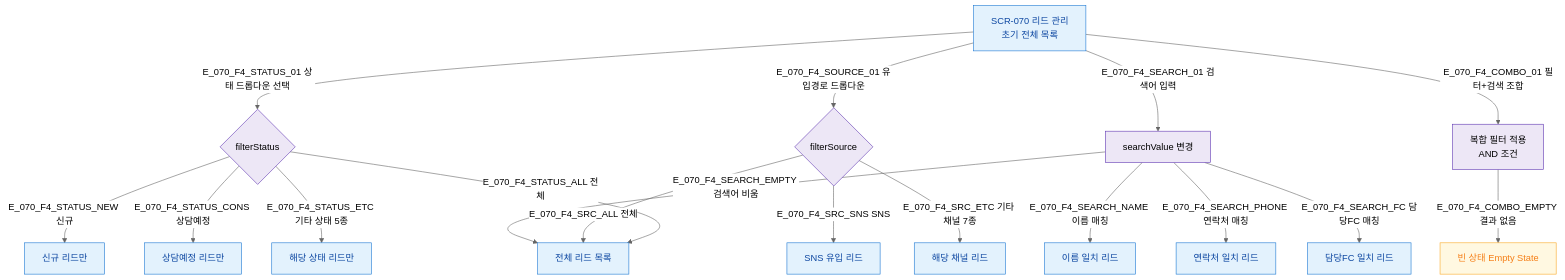
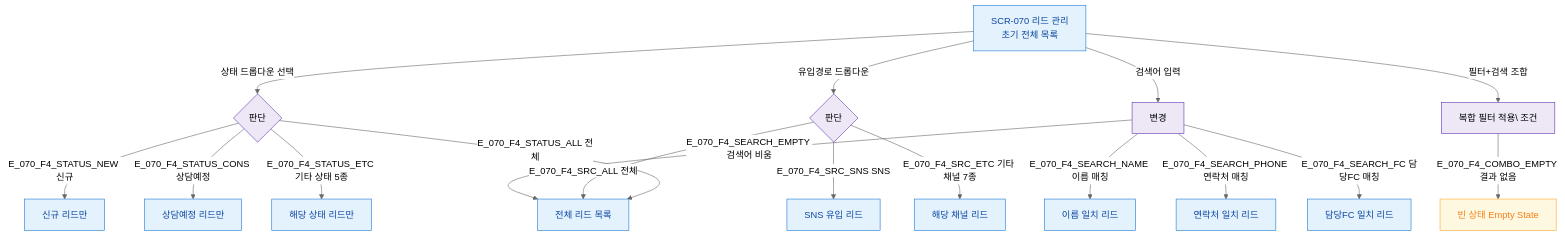
The diagram in docs/다이어그램/D08_마케팅/SCR-070_리드관리/F4_필터검색.md (dev-spogym/admin-pando), drawn with Mermaid (neutral theme) before and after one commit. The commit also changed other lines of this file and 1660 other files, not shown here.

First line of the commit message:
다이어그램: 기획자/클라이언트 납품본으로 정리

````diff
--- a/docs/다이어그램/D08_마케팅/SCR-070_리드관리/F4_필터검색.md
+++ b/docs/다이어그램/D08_마케팅/SCR-070_리드관리/F4_필터검색.md
@@ -22,32 +20,32 @@
 ```mermaid
 flowchart TD
   SCR_070[SCR-070 리드 관리\n초기 전체 목록]
 
-  SCR_070 -->|E_070_F4_STATUS_01 상태 드롭다운 선택| FILTER_STATUS{filterStatus}
-  FILTER_STATUS -->|E_070_F4_STATUS_ALL 전체| RESULT_ALL[전체 리드 목록]
-  FILTER_STATUS -->|E_070_F4_STATUS_NEW 신규| RESULT_NEW[신규 리드만]
-  FILTER_STATUS -->|E_070_F4_STATUS_CONS 상담예정| RESULT_CONS[상담예정 리드만]
-  FILTER_STATUS -->|E_070_F4_STATUS_ETC 기타 상태 5종| RESULT_ETC[해당 상태 리드만]
+  SCR_070 -->|상태 드롭다운 선택|FILTER_STATUS{판단}
+  FILTER_STATUS -->|E_070_F4_STATUS_ALL 전체|RESULT_ALL[전체 리드 목록]
+  FILTER_STATUS -->|E_070_F4_STATUS_NEW 신규|RESULT_NEW[신규 리드만]
+  FILTER_STATUS -->|E_070_F4_STATUS_CONS 상담예정|RESULT_CONS[상담예정 리드만]
+  FILTER_STATUS -->|E_070_F4_STATUS_ETC 기타 상태 5종|RESULT_ETC[해당 상태 리드만]
 
-  SCR_070 -->|E_070_F4_SOURCE_01 유입경로 드롭다운| FILTER_SOURCE{filterSource}
-  FILTER_SOURCE -->|E_070_F4_SRC_ALL 전체| RESULT_ALL
-  FILTER_SOURCE -->|E_070_F4_SRC_SNS SNS| RESULT_SNS[SNS 유입 리드]
-  FILTER_SOURCE -->|E_070_F4_SRC_ETC 기타 채널 7종| RESULT_SRC_ETC[해당 채널 리드]
+  SCR_070 -->|유입경로 드롭다운|FILTER_SOURCE{판단}
+  FILTER_SOURCE -->|E_070_F4_SRC_ALL 전체|RESULT_ALL
+  FILTER_SOURCE -->|E_070_F4_SRC_SNS SNS|RESULT_SNS[SNS 유입 리드]
+  FILTER_SOURCE -->|E_070_F4_SRC_ETC 기타 채널 7종|RESULT_SRC_ETC[해당 채널 리드]
 
-  SCR_070 -->|E_070_F4_SEARCH_01 검색어 입력| SEARCH_INPUT[searchValue 변경]
-  SEARCH_INPUT -->|E_070_F4_SEARCH_NAME 이름 매칭| RESULT_NAME[이름 일치 리드]
-  SEARCH_INPUT -->|E_070_F4_SEARCH_PHONE 연락처 매칭| RESULT_PHONE[연락처 일치 리드]
-  SEARCH_INPUT -->|E_070_F4_SEARCH_FC 담당FC 매칭| RESULT_FC[담당FC 일치 리드]
-  SEARCH_INPUT -->|E_070_F4_SEARCH_EMPTY 검색어 비움| RESULT_ALL
+  SCR_070 -->|검색어 입력|SEARCH_INPUT[변경]
+  SEARCH_INPUT -->|E_070_F4_SEARCH_NAME 이름 매칭|RESULT_NAME[이름 일치 리드]
+  SEARCH_INPUT -->|E_070_F4_SEARCH_PHONE 연락처 매칭|RESULT_PHONE[연락처 일치 리드]
+  SEARCH_INPUT -->|E_070_F4_SEARCH_FC 담당FC 매칭|RESULT_FC[담당FC 일치 리드]
+  SEARCH_INPUT -->|E_070_F4_SEARCH_EMPTY 검색어 비움|RESULT_ALL
 
-  SCR_070 -->|E_070_F4_COMBO_01 필터+검색 조합| COMBO[복합 필터 적용\nAND 조건]
-  COMBO -->|E_070_F4_COMBO_EMPTY 결과 없음| EMPTY[빈 상태 Empty State]
+  SCR_070 -->|필터+검색 조합|COMBO[복합 필터 적용\ 조건]
+  COMBO -->|E_070_F4_COMBO_EMPTY 결과 없음|EMPTY[빈 상태 Empty State]
 
-  classDef screen      fill:#E3F2FD,stroke:#1976D2,color:#0D47A1
-  classDef system      fill:#EDE7F6,stroke:#5E35B2
-  classDef warning     fill:#FFF8E1,stroke:#F9A825,color:#F57F17
+  classDef screen fill:#E3F2FD,stroke:#1976D2,color:#0D47A1
+  classDef system fill:#EDE7F6,stroke:#5E35B2
+  classDef warning fill:#FFF8E1,stroke:#F9A825,color:#F57F17
 
   class SCR_070,RESULT_ALL,RESULT_NEW,RESULT_CONS,RESULT_ETC,RESULT_SNS,RESULT_SRC_ETC,RESULT_NAME,RESULT_PHONE,RESULT_FC screen
   class FILTER_STATUS,FILTER_SOURCE,SEARCH_INPUT,COMBO system
   class EMPTY warning
 ```
````
